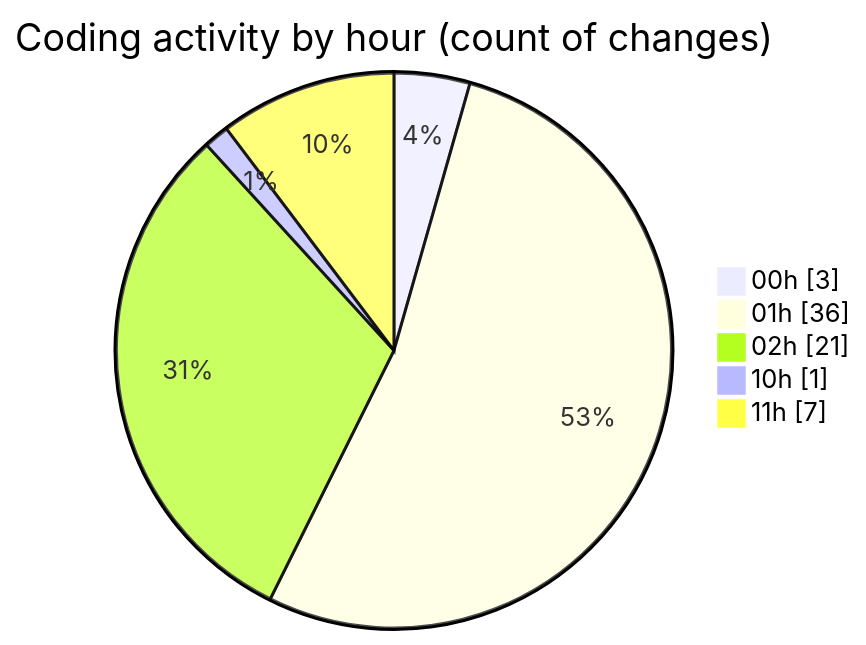
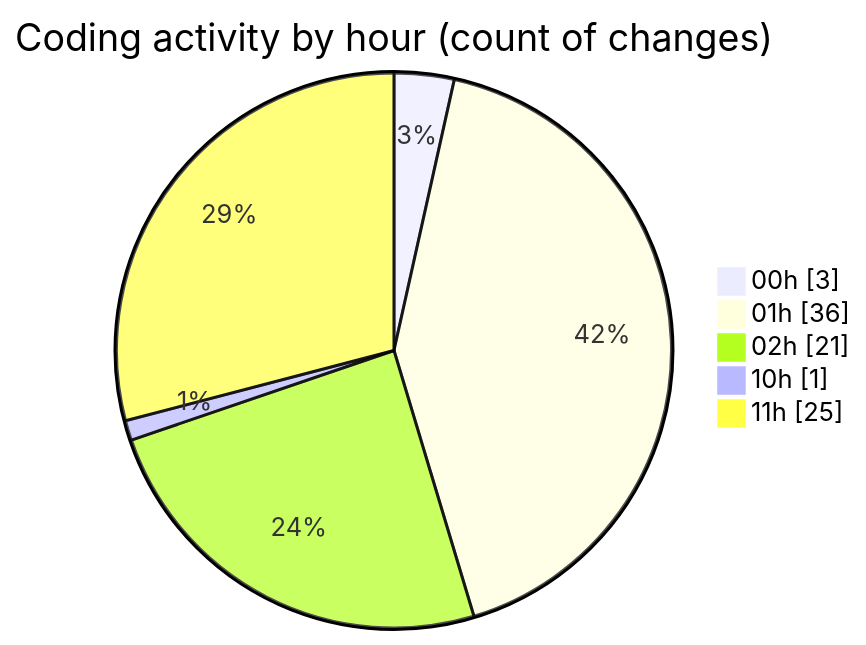
One commit to lephambinh05/code-tracking changed the second of 2 diagrams in 2025-09-05/hiai-phf/README.md. Above: the diagram before and after it, drawn with Mermaid. The commit also changed other lines of this file and 1 other file, not shown here.

````diff
--- a/2025-09-05/hiai-phf/README.md
+++ b/2025-09-05/hiai-phf/README.md
@@ -52,9 +62,9 @@
 ```mermaid
 pie showData
 title Coding activity by hour (count of changes)
 "00h" : 3
 "01h" : 36
 "02h" : 21
 "10h" : 1
-"11h" : 7
+"11h" : 25
 ```
````
